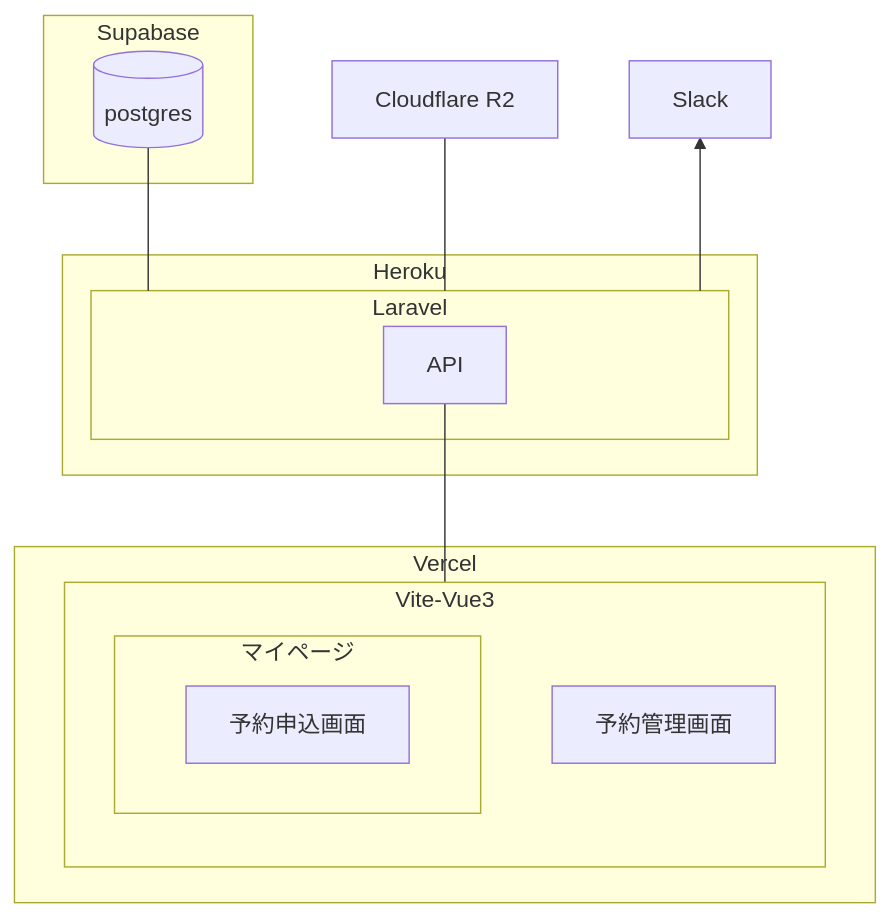
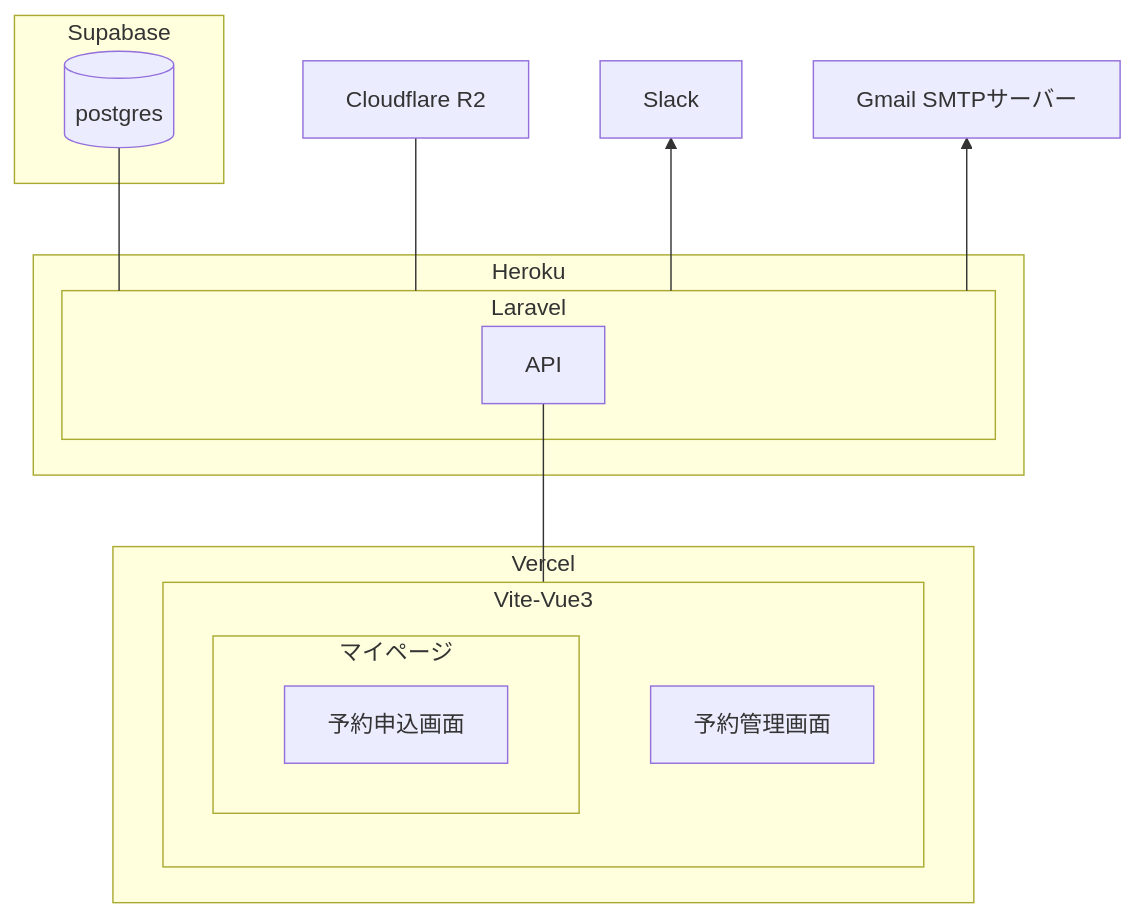
Before and after one commit to specialweek1114/salon_reserve: the fourth of 5 diagrams in README.md, drawn with Mermaid.

Commit message:
feat: システム構成図 Gmail SMTPサーバー追加

````diff
--- a/README.md
+++ b/README.md
@@ -106,24 +106,25 @@
 ```mermaid
 flowchart BT
     subgraph Heroku
         subgraph Laravel
             API
         end
     end
     subgraph Supabase
         postgres[(postgres)]
     end
     Cloudflare[Cloudflare R2]
     Laravel --- postgres
     Laravel --- Cloudflare
     Laravel --> Slack
+    Laravel --> Gmail[Gmail SMTPサーバー]
     subgraph Vercel
         subgraph Vue[Vite-Vue3]
             subgraph マイページ
                 予約申込画面
             end
             予約管理画面
         end
     end
     Vue --- API
 ```
````
